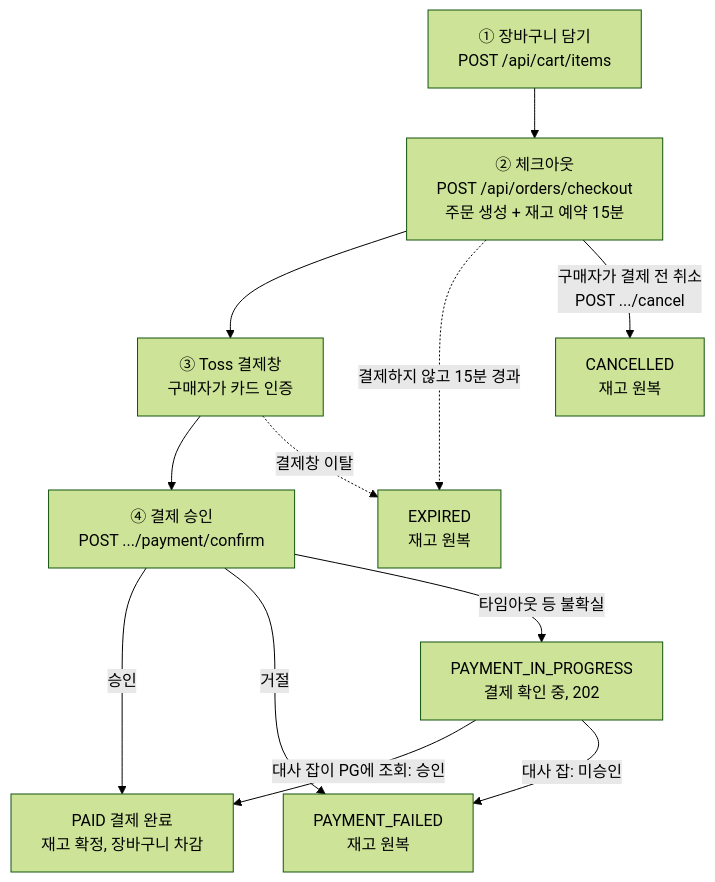
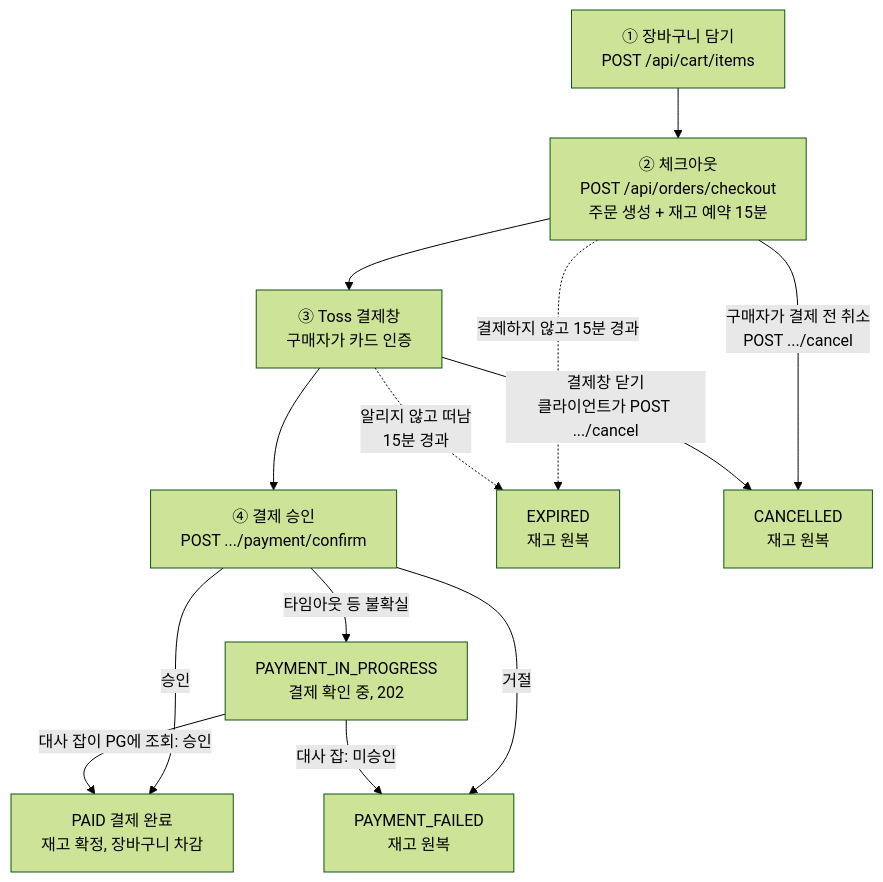
Before and after one commit to 95twan/myroutine-v2: the first of 5 diagrams in docs/02-design/09-order-flow.md, drawn with Mermaid (forest theme). The commit also changed other lines of this file and 7 other files, not shown here.

````diff
--- a/docs/02-design/09-order-flow.md
+++ b/docs/02-design/09-order-flow.md
@@ -13,14 +13,15 @@
 ```mermaid
 flowchart TD
   A["① 장바구니 담기<br/>POST /api/cart/items"] --> B["② 체크아웃<br/>POST /api/orders/checkout<br/>주문 생성 + 재고 예약 15분"]
   B --> C["③ Toss 결제창<br/>구매자가 카드 인증"]
   C --> D["④ 결제 승인<br/>POST .../payment/confirm"]
   D -->|"승인"| P["PAID 결제 완료<br/>재고 확정, 장바구니 차감"]
   D -->|"거절"| F["PAYMENT_FAILED<br/>재고 원복"]
   D -->|"타임아웃 등 불확실"| U["PAYMENT_IN_PROGRESS<br/>결제 확인 중, 202"]
   U -->|"대사 잡이 PG에 조회: 승인"| P
   U -->|"대사 잡: 미승인"| F
   B -.->|"결제하지 않고 15분 경과"| E["EXPIRED<br/>재고 원복"]
   B -->|"구매자가 결제 전 취소<br/>POST .../cancel"| X["CANCELLED<br/>재고 원복"]
-  C -.->|"결제창 이탈"| E
+  C -->|"결제창 닫기<br/>클라이언트가 POST .../cancel"| X
+  C -.->|"알리지 않고 떠남<br/>15분 경과"| E
 ```
````
